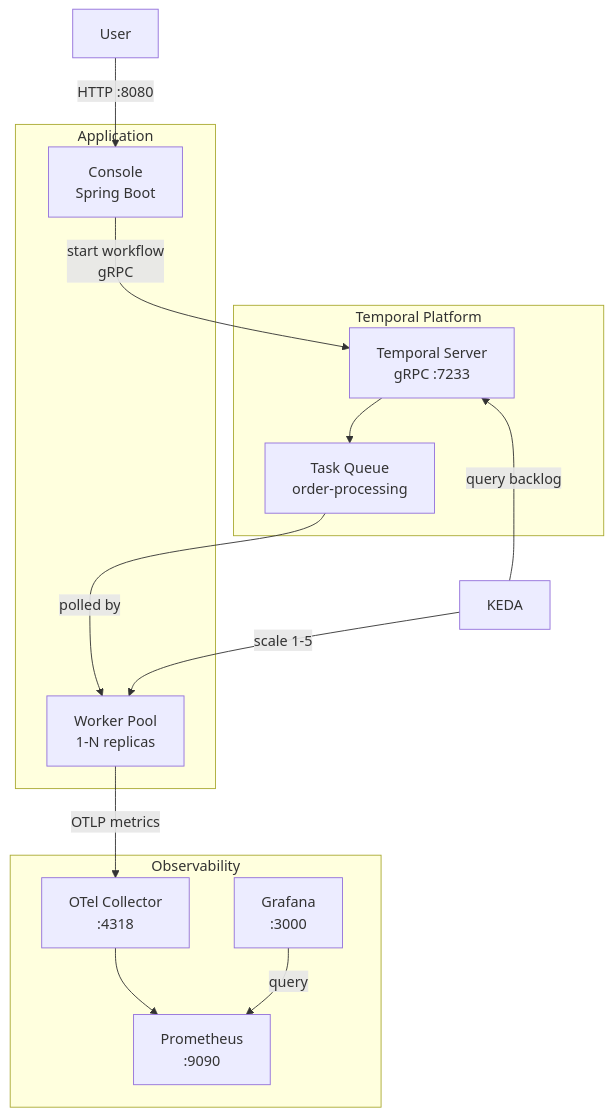
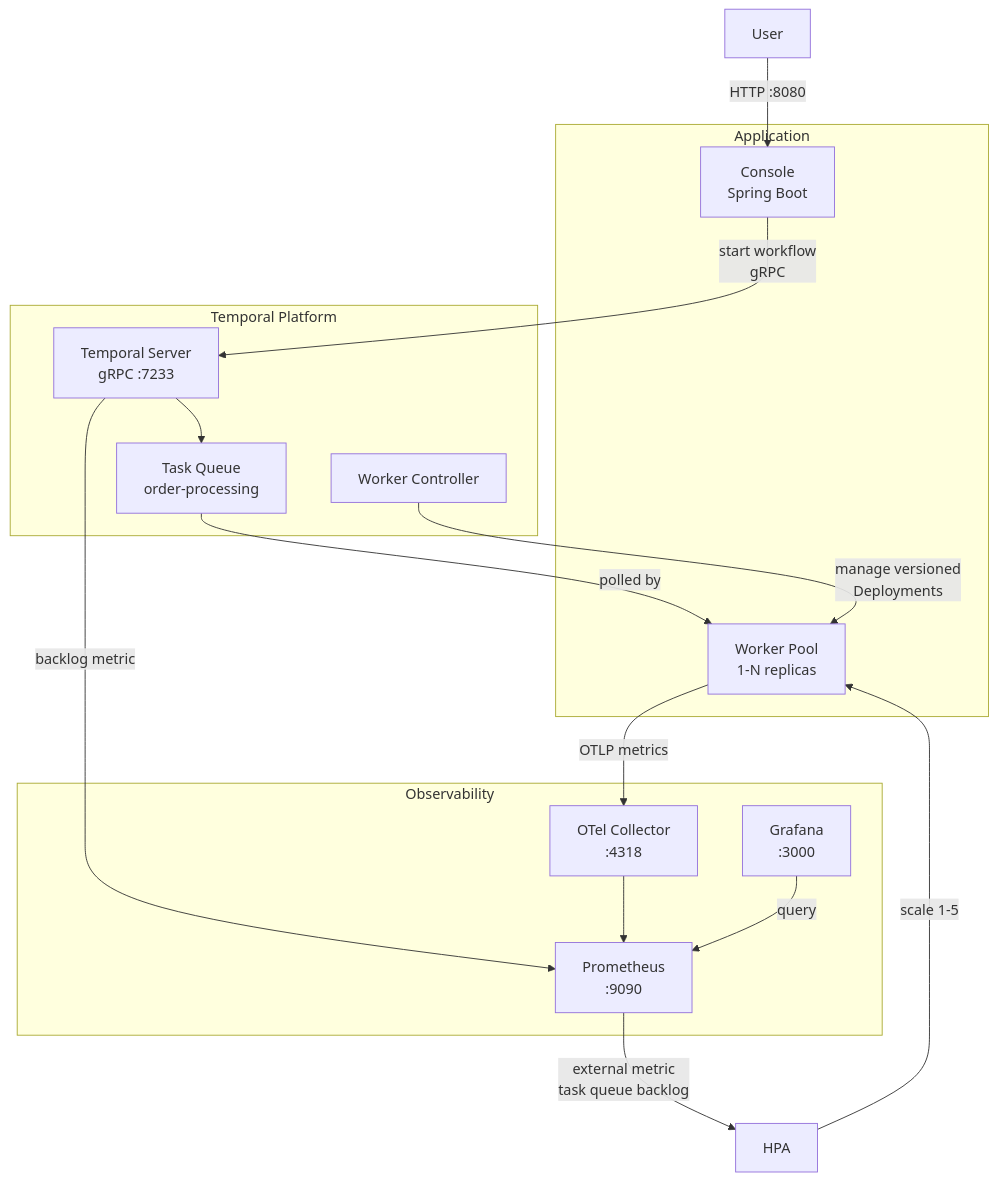
The first of 2 diagrams in README.md (alexandreroman/temporal-autoscaling-demo), drawn with Mermaid before and after one commit. The commit also changed other lines of this file and 1 other file, not shown here.

First line of the commit message:
Update docs to reflect Worker Controller and HPA autoscaling

````diff
--- a/README.md
+++ b/README.md
@@ -85,35 +85,37 @@
 ```mermaid
 graph TB
     %% Main workflow submission flow (top row)
     User[User] -->|HTTP :8080| Console
 
     subgraph App["Application"]
         Console[Console<br>Spring Boot]
         Workers[Worker Pool<br>1-N replicas]
     end
 
     subgraph Temporal["Temporal Platform"]
         Server[Temporal Server<br>gRPC :7233]
         TQ[Task Queue<br>order-processing]
+        WC[Worker Controller]
     end
 
     Console -->|start workflow<br>gRPC| Server
     Server --> TQ
 
-    %% Worker and KEDA layer (middle row)
+    %% Worker Controller and HPA layer
     TQ -->|polled by| Workers
-    TQ ~~~ KEDA
-    KEDA[KEDA] -->|query backlog| Server
-    KEDA -->|scale 1-5| Workers
+    WC -->|manage versioned<br>Deployments| Workers
+    HPA[HPA] -->|scale 1-5| Workers
+    Prometheus -->|external metric<br>task queue backlog| HPA
 
     %% Observability stack (bottom row)
     subgraph Observability
         OTel[OTel Collector<br>:4318]
         Prometheus[Prometheus<br>:9090]
         Grafana[Grafana<br>:3000]
     end
 
     Workers -->|OTLP metrics| OTel
+    Server -->|backlog metric| Prometheus
     OTel --> Prometheus
     Grafana -->|query| Prometheus
 ```
````
